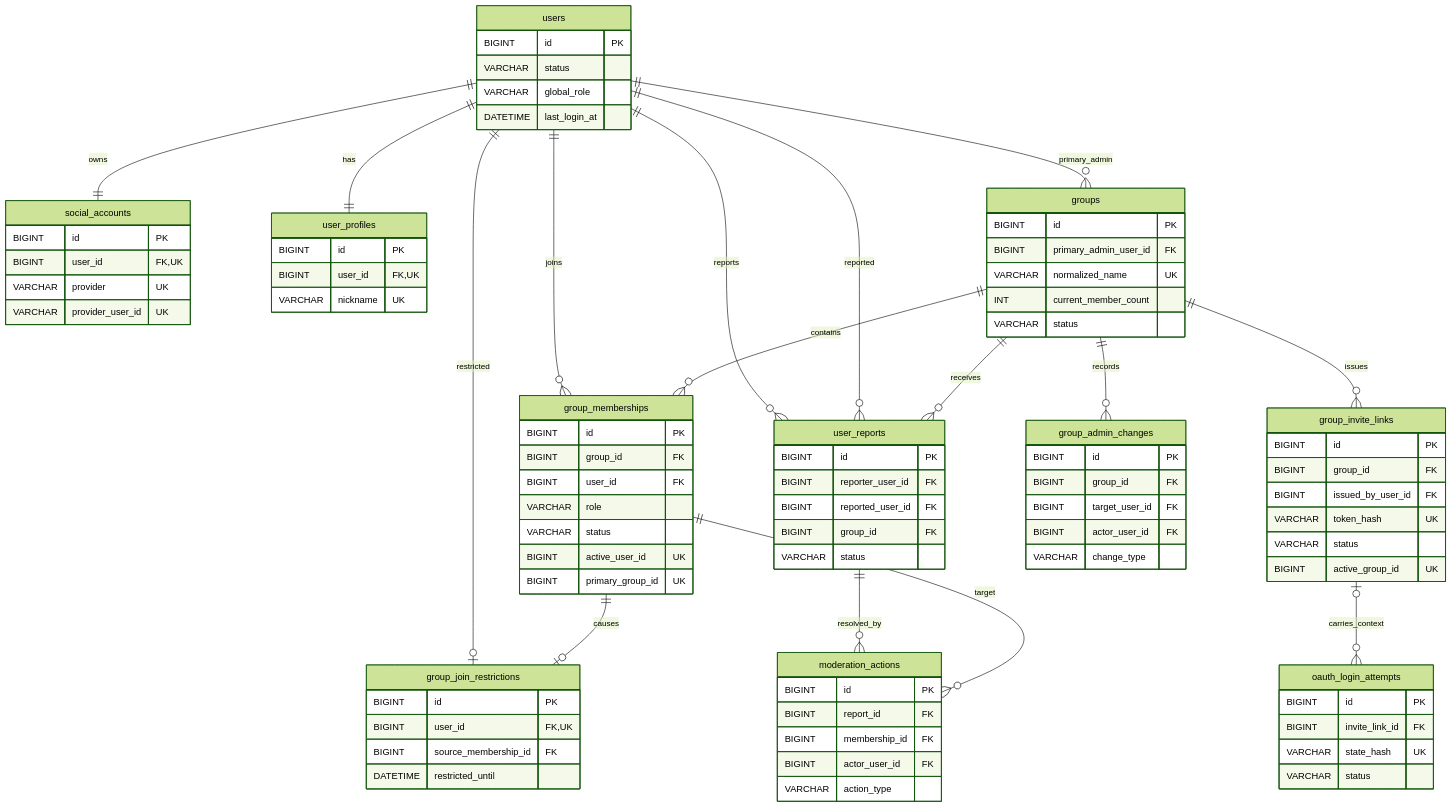
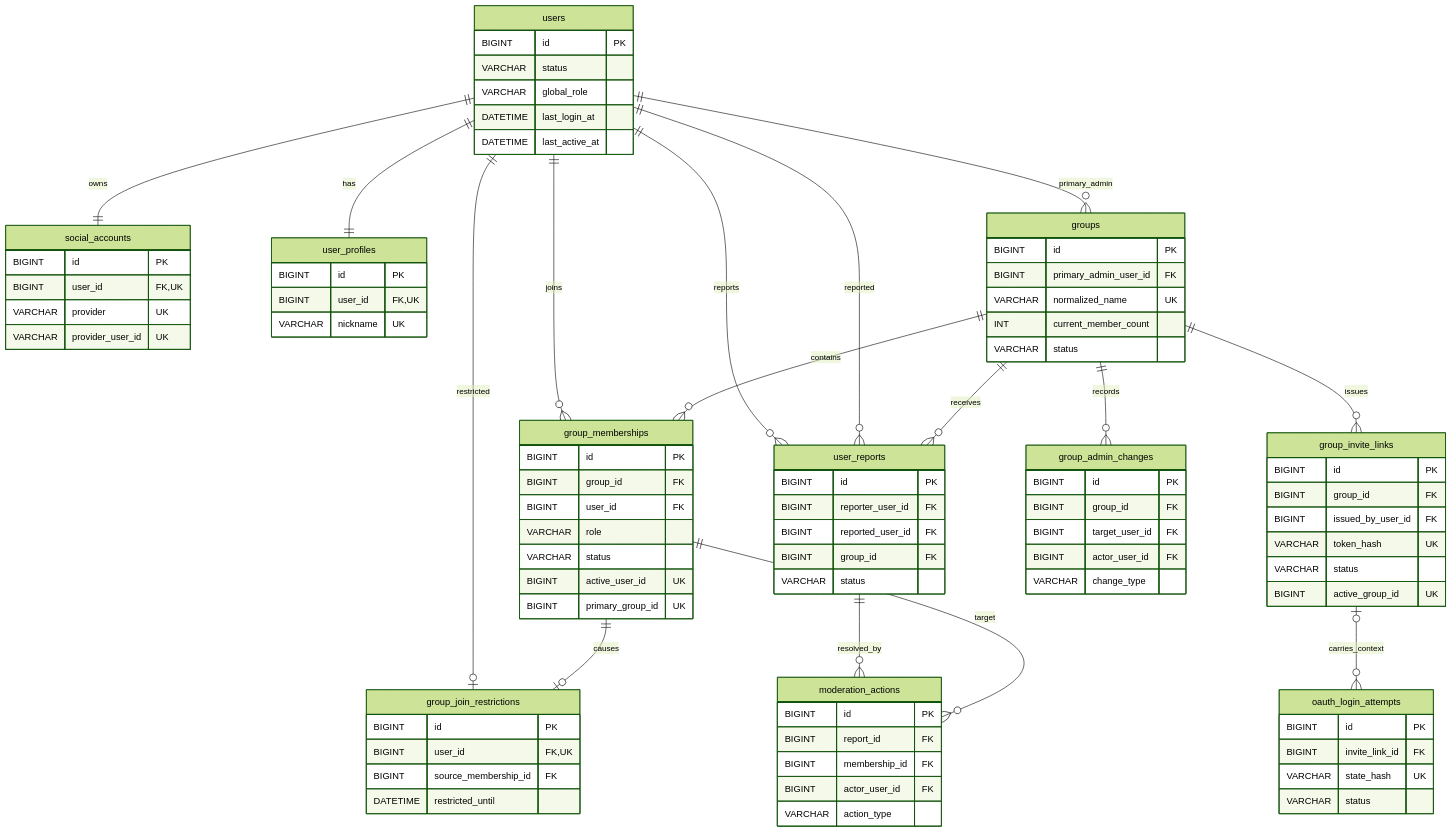
The first of 5 diagrams in docs/database-design.md (heebaek200/shared-creature-game), drawn with Mermaid (forest theme) before and after one commit. The commit also changed other lines of this file and 16 other files, not shown here.

```diff
--- a/docs/database-design.md
+++ b/docs/database-design.md
@@ -97,6 +98,7 @@
         VARCHAR status
         VARCHAR global_role
         DATETIME last_login_at
+        DATETIME last_active_at
     }
     social_accounts {
         BIGINT id PK
```
